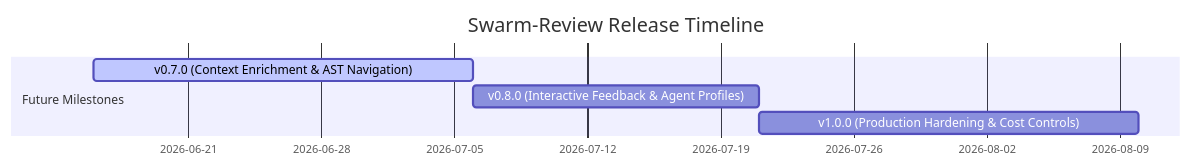
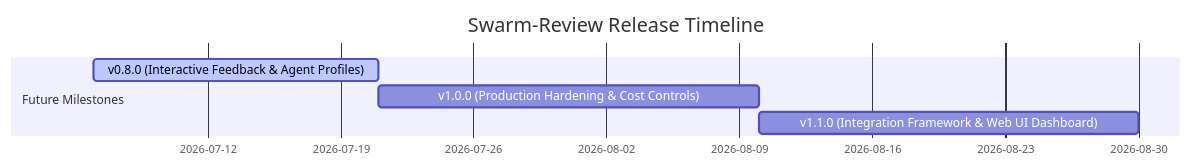
The diagram in ROADMAP.md (EvanGribar/Swarm-Review), drawn with Mermaid before and after one commit. The commit also changed other lines of this file and 9 other files, not shown here.

Commit message:
feat: implement v0.7.0 AST codebase navigation and context enrichment

````diff
--- a/ROADMAP.md
+++ b/ROADMAP.md
@@ -5,9 +5,9 @@
 ```mermaid
 gantt
     title Swarm-Review Release Timeline
     dateFormat  YYYY-MM-DD
     section Future Milestones
-    v0.7.0 (Context Enrichment & AST Navigation) :active, 2026-06-16, 20d
-    v0.8.0 (Interactive Feedback & Agent Profiles) : 2026-07-06, 15d
+    v0.8.0 (Interactive Feedback & Agent Profiles) :active, 2026-07-06, 15d
     v1.0.0 (Production Hardening & Cost Controls) : 2026-07-21, 20d
+    v1.1.0 (Integration Framework & Web UI Dashboard) : 2026-08-10, 20d
 ```
````
